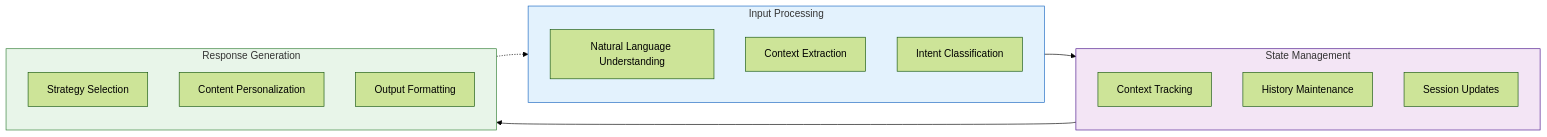
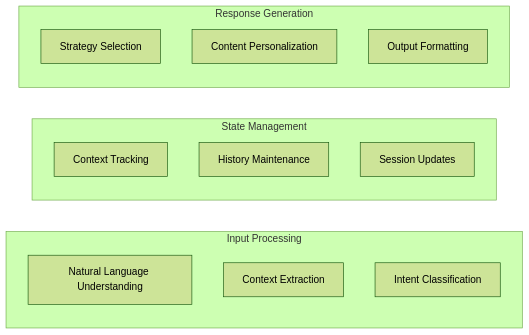
Before and after one commit to valyrian24052/Gyan-Setu: the second of 2 diagrams in LLM-Based-Chatbot-Development-Framework.wiki/Chatbot-Development.md, drawn with Mermaid (forest theme). The commit also changed other lines of this file and 4 other files, not shown here.

First line of the commit message:
Update Architecture Guide with comprehensive framework documentation

````diff
--- a/LLM-Based-Chatbot-Development-Framework.wiki/Chatbot-Development.md
+++ b/LLM-Based-Chatbot-Development-Framework.wiki/Chatbot-Development.md
@@ -31,28 +50,20 @@
 ```mermaid
 graph LR
     subgraph Input[Input Processing]
         NLU[Natural Language Understanding]
         Context[Context Extraction]
         Intent[Intent Classification]
     end
 
     subgraph State[State Management]
         Track[Context Tracking]
         History[History Maintenance]
         Update[Session Updates]
     end
 
     subgraph Response[Response Generation]
         Strategy[Strategy Selection]
         Personal[Content Personalization]
         Format[Output Formatting]
     end
-
-    Input --> State
-    State --> Response
-    Response -.-> Input
-
-    style Input fill:#e3f2fd,stroke:#1565c0
-    style State fill:#f3e5f5,stroke:#4a148c
-    style Response fill:#e8f5e9,stroke:#2e7d32
 ```
````
